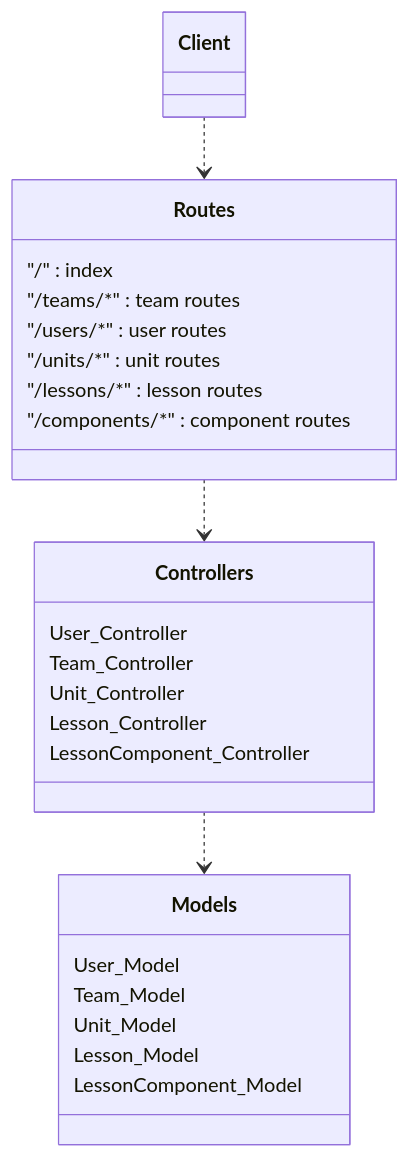
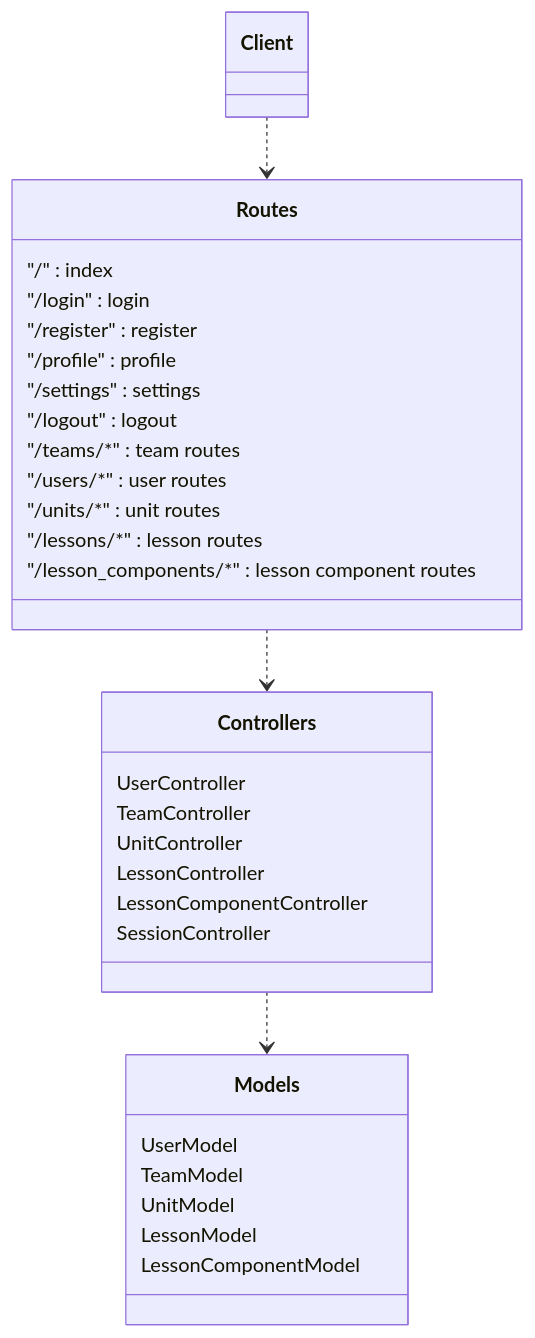
The first of 5 diagrams in README.md (MICodeProjects/robosite), drawn with Mermaid before and after one commit. The commit also changed other lines of this file and 35 other files, not shown here.

````diff
--- a/README.md
+++ b/README.md
@@ -75,32 +76,38 @@
 ```mermaid
 classDiagram
     direction TB
     Client ..> Routes
     Routes ..> Controllers
     Controllers ..> Models
     
     class Routes {
         "/" : index
+        "/login" : login
+        "/register" : register
+        "/profile" : profile
+        "/settings" : settings
+        "/logout" : logout
         "/teams/*" : team routes
         "/users/*" : user routes
         "/units/*" : unit routes
         "/lessons/*" : lesson routes
-        "/components/*" : component routes
+        "/lesson_components/*" : lesson component routes
     }
 
     class Controllers {
-        User_Controller
-        Team_Controller
-        Unit_Controller
-        Lesson_Controller
-        LessonComponent_Controller
-    }
-
+    UserController
+    TeamController
+    UnitController
+    LessonController
+    LessonComponentController
+    SessionController
+    }    
+    
     class Models {
-        User_Model
-        Team_Model
-        Unit_Model
-        Lesson_Model
-        LessonComponent_Model
+        UserModel
+        TeamModel
+        UnitModel
+        LessonModel
+        LessonComponentModel
     }
 ```
````
